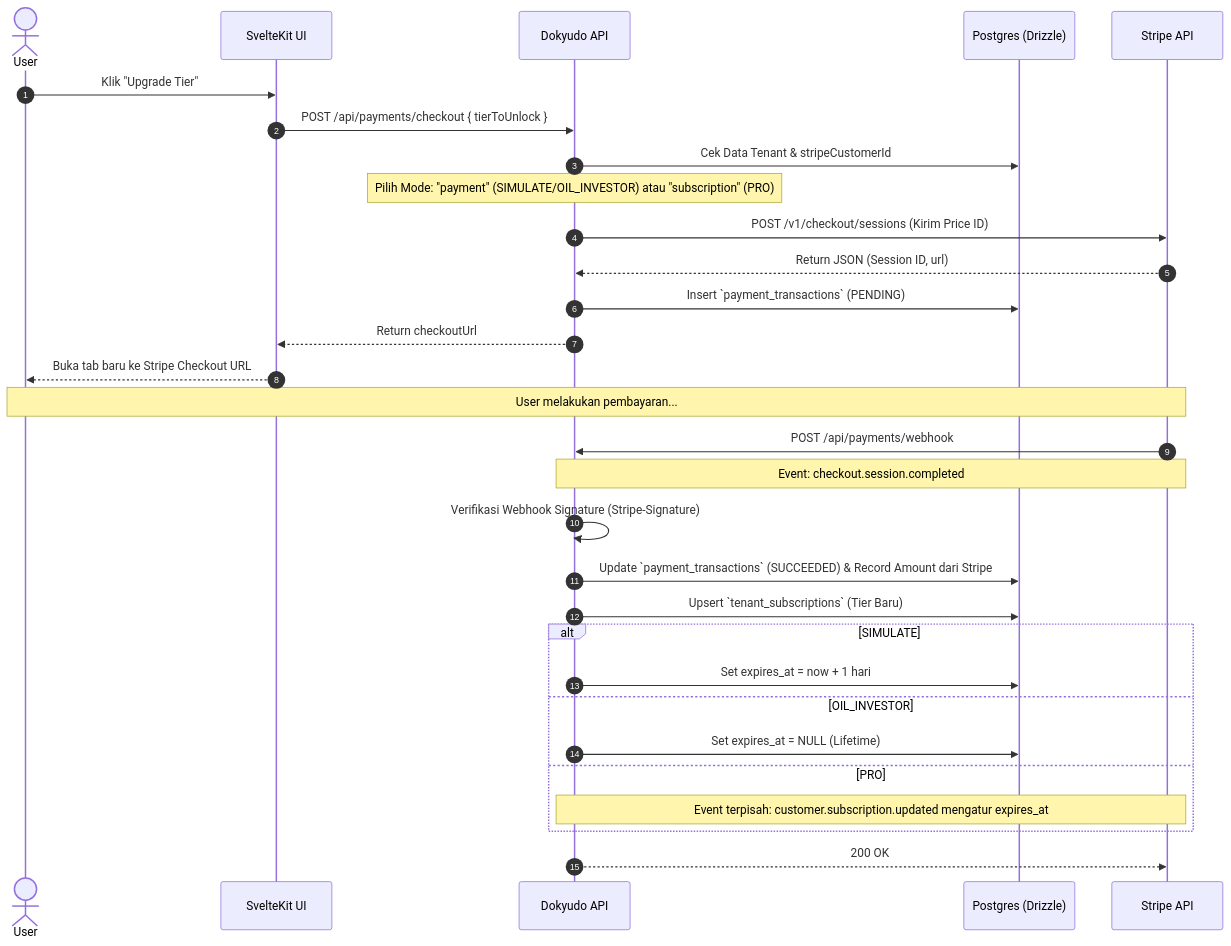
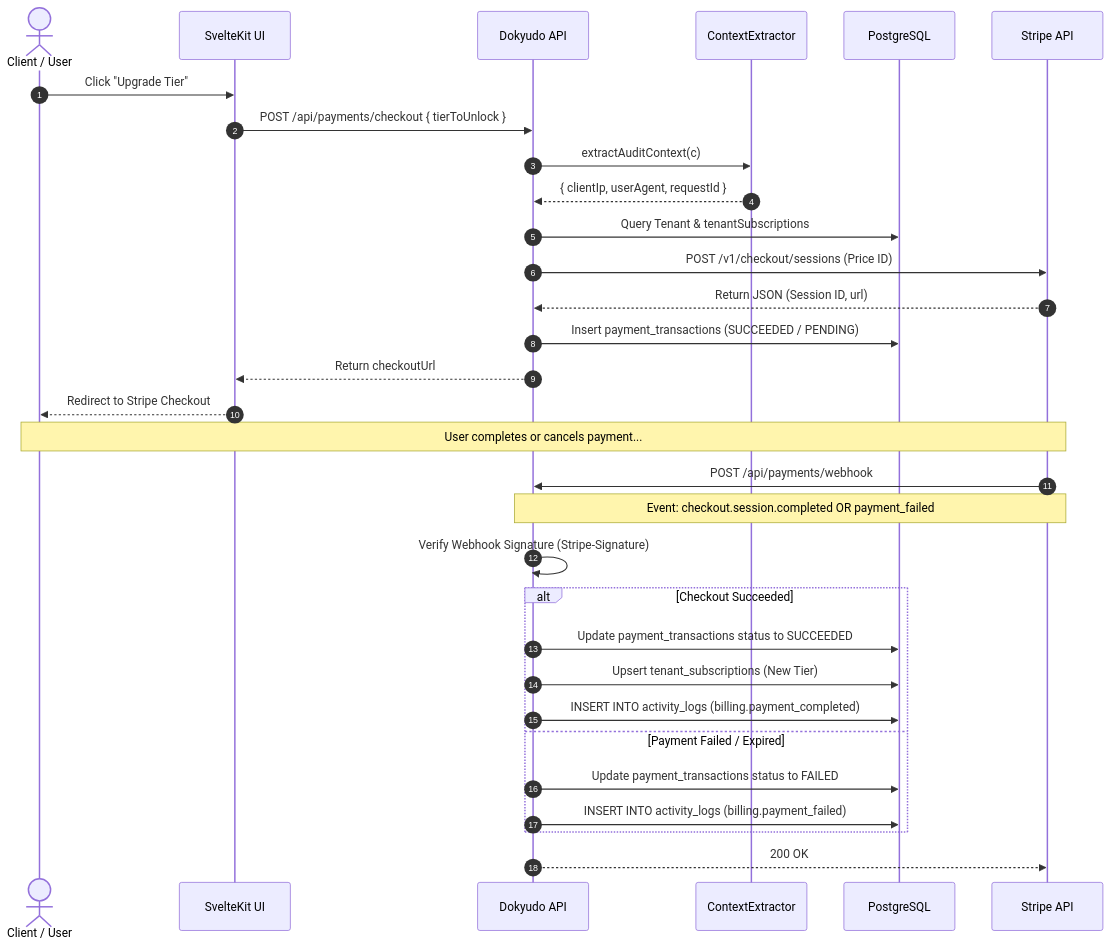
One commit to kanzhamada/Dokyudo changed the diagram in docs/features/stripe-payment-gateway.md. Above: the diagram before and after it, drawn with Mermaid. The commit also changed other lines of this file and 2 other files, not shown here.

First line of the commit message:
Add audit logging for workspace and payment events

````diff
--- a/docs/features/stripe-payment-gateway.md
+++ b/docs/features/stripe-payment-gateway.md
@@ -15,40 +17,39 @@
 ```mermaid
 sequenceDiagram
     autonumber
-    actor User
+    actor User as Client / User
     participant Frontend as SvelteKit UI
     participant Backend as Dokyudo API
-    participant DB as Postgres (Drizzle)
+    participant Extractor as ContextExtractor
+    participant DB as PostgreSQL
     participant Stripe as Stripe API
 
-    User->>Frontend: Klik "Upgrade Tier"
+    User->>Frontend: Click "Upgrade Tier"
     Frontend->>Backend: POST /api/payments/checkout { tierToUnlock }
+    Backend->>Extractor: extractAuditContext(c)
+    Extractor-->>Backend: { clientIp, userAgent, requestId }
     
-    Backend->>DB: Cek Data Tenant & stripeCustomerId
-    Note over Backend: Pilih Mode: "payment" (SIMULATE/OIL_INVESTOR) atau "subscription" (PRO)
-    
-    Backend->>Stripe: POST /v1/checkout/sessions (Kirim Price ID)
+    Backend->>DB: Query Tenant & tenantSubscriptions
+    Backend->>Stripe: POST /v1/checkout/sessions (Price ID)
     Stripe-->>Backend: Return JSON (Session ID, url)
-    Backend->>DB: Insert `payment_transactions` (PENDING)
+    Backend->>DB: Insert payment_transactions (SUCCEEDED / PENDING)
     Backend-->>Frontend: Return checkoutUrl
-    Frontend-->>User: Buka tab baru ke Stripe Checkout URL
+    Frontend-->>User: Redirect to Stripe Checkout
 
-    Note over User,Stripe: User melakukan pembayaran...
+    Note over User,Stripe: User completes or cancels payment...
 
     Stripe->>Backend: POST /api/payments/webhook
-    Note over Stripe,Backend: Event: checkout.session.completed
-    Backend->>Backend: Verifikasi Webhook Signature (Stripe-Signature)
+    Note over Stripe,Backend: Event: checkout.session.completed OR payment_failed
+    Backend->>Backend: Verify Webhook Signature (Stripe-Signature)
     
-    Backend->>DB: Update `payment_transactions` (SUCCEEDED) & Record Amount dari Stripe
-    Backend->>DB: Upsert `tenant_subscriptions` (Tier Baru)
-    
-    alt SIMULATE
-        Backend->>DB: Set expires_at = now + 1 hari
-    else OIL_INVESTOR
-        Backend->>DB: Set expires_at = NULL (Lifetime)
-    else PRO
-        Note over Stripe,Backend: Event terpisah: customer.subscription.updated mengatur expires_at
+    alt Checkout Succeeded
+        Backend->>DB: Update payment_transactions status to SUCCEEDED
+        Backend->>DB: Upsert tenant_subscriptions (New Tier)
+        Backend->>DB: INSERT INTO activity_logs (billing.payment_completed)
+    else Payment Failed / Expired
+        Backend->>DB: Update payment_transactions status to FAILED
+        Backend->>DB: INSERT INTO activity_logs (billing.payment_failed)
     end
     
     Backend-->>Stripe: 200 OK
 ```
````
